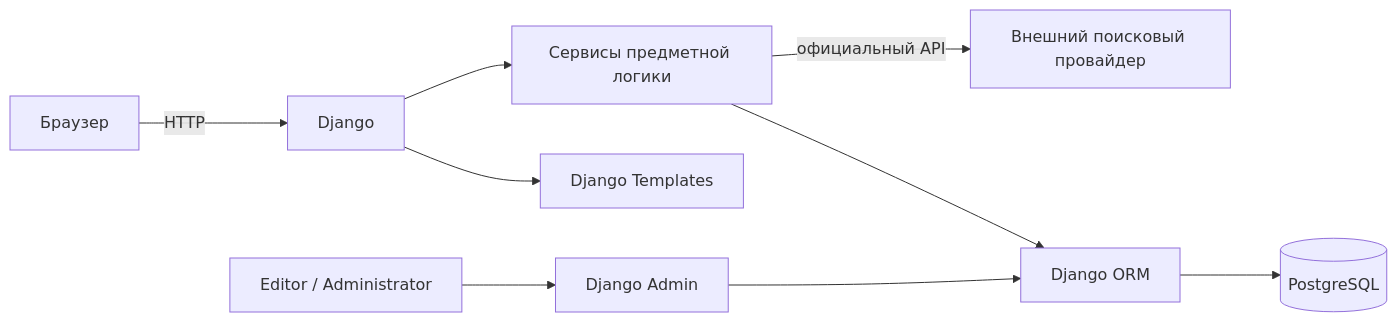
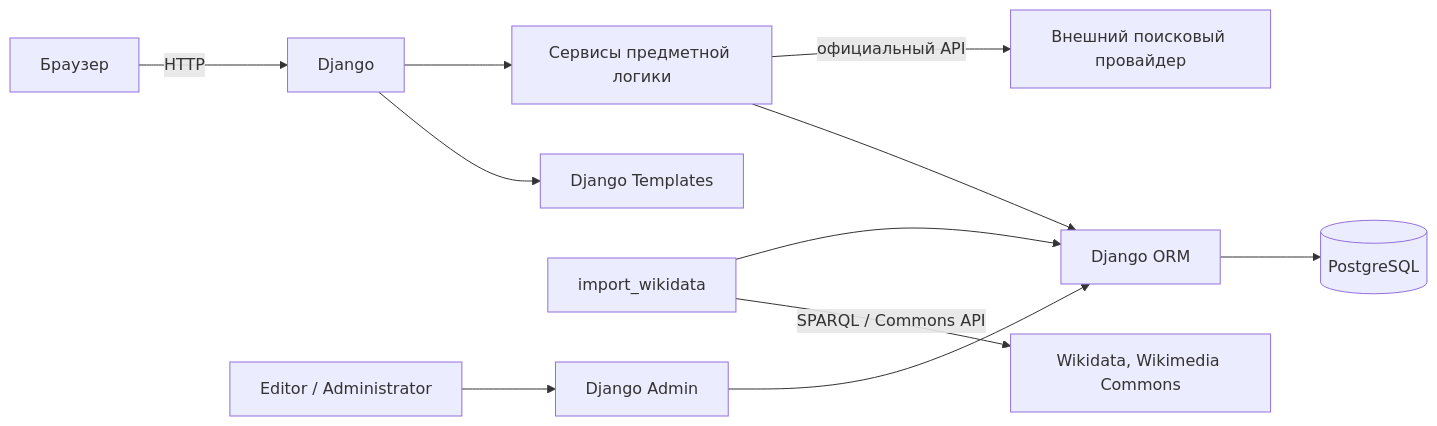
One commit to GordeyGS/CHINESE_CARS changed the first of 3 diagrams in docs/architecture.md. Above: the diagram before and after it, drawn with Mermaid. The commit also changed other lines of this file and 52 other files, not shown here.

First line of the commit message:
feat: add Wikidata import, query correction, horsepower and fact answers

````diff
--- a/docs/architecture.md
+++ b/docs/architecture.md
@@ -11,11 +11,13 @@
 ```mermaid
 flowchart LR
     U[Браузер] -->|HTTP| D[Django]
     D --> T[Django Templates]
     D --> S[Сервисы предметной логики]
     S --> O[Django ORM]
     O --> P[(PostgreSQL)]
     S -->|официальный API| X[Внешний поисковый провайдер]
+    I[import_wikidata] -->|SPARQL / Commons API| W[Wikidata, Wikimedia Commons]
+    I --> O
     E[Editor / Administrator] --> A[Django Admin]
     A --> O
 ```
````
